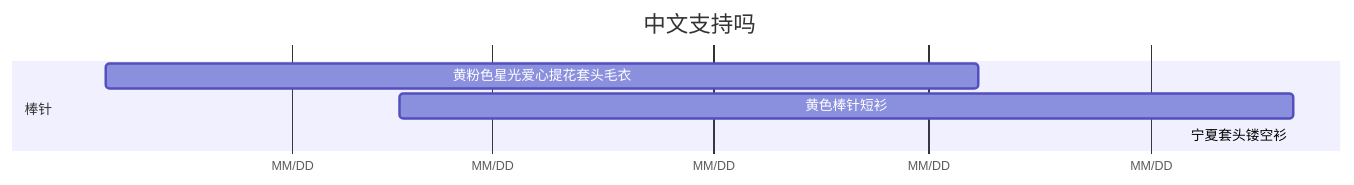
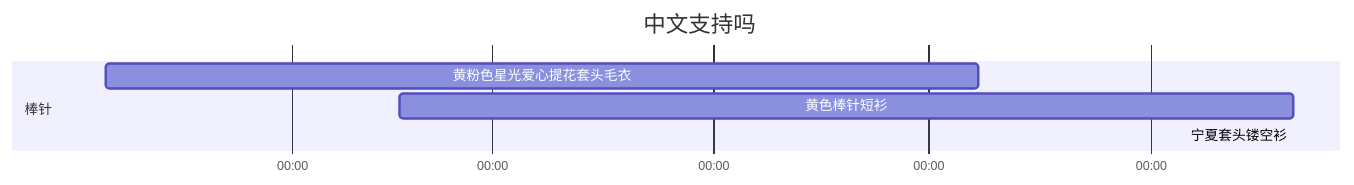
One commit to JiYouMCC/JiYouMCC.github.io changed the diagram in _drafts/2022-1.md. Above: the diagram before and after it, drawn with Mermaid.

````diff
--- a/_drafts/2022-1.md
+++ b/_drafts/2022-1.md
@@ -1,10 +1,10 @@
 ```mermaid
 gantt
 title 中文支持吗
 dateFormat MM/DD
-axisFormat MM/DD
+axisFormat %H:%M
 section 棒针
     黄粉色星光爱心提花套头毛衣   :2022-01-06, 122d
     黄色棒针短衫                :2022-02-16, 125d
     宁夏套头镂空衫              :2022-06-23
 ```
````
